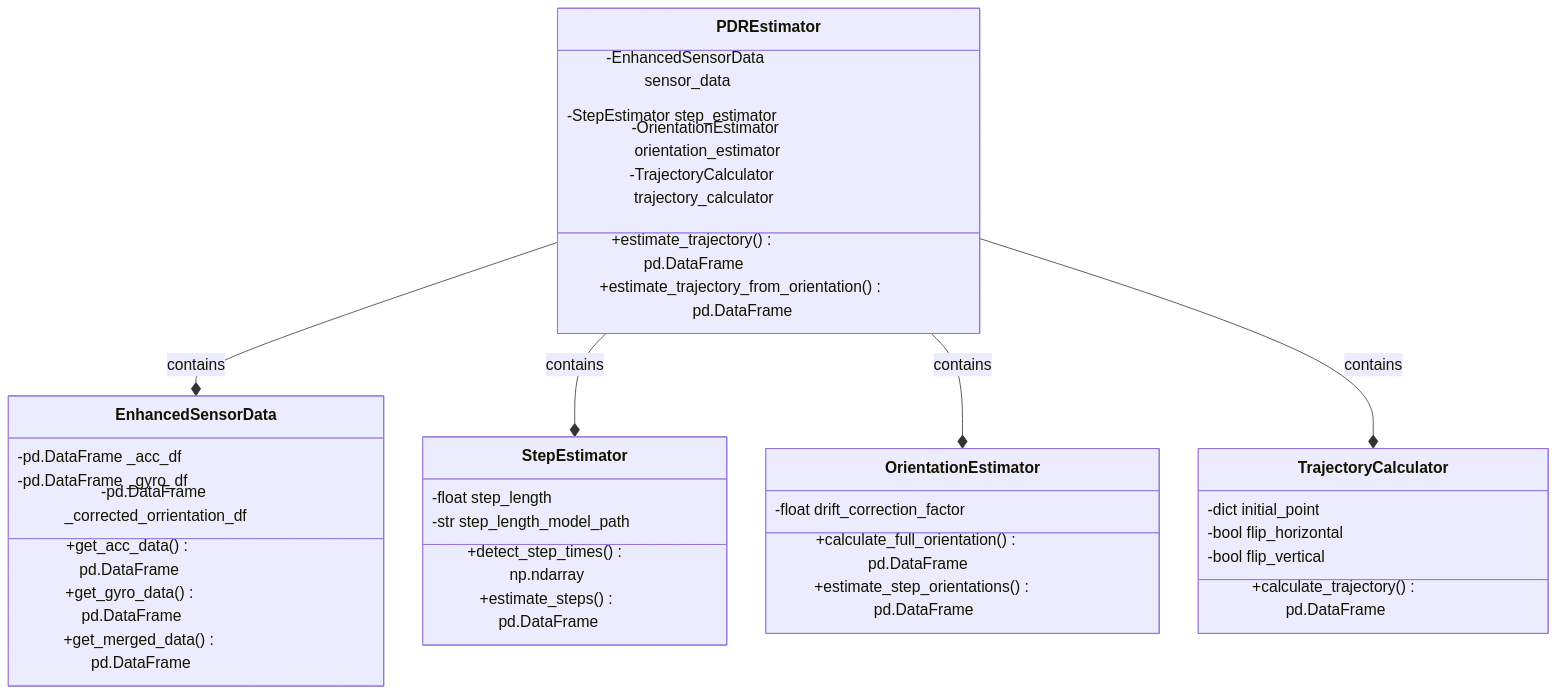
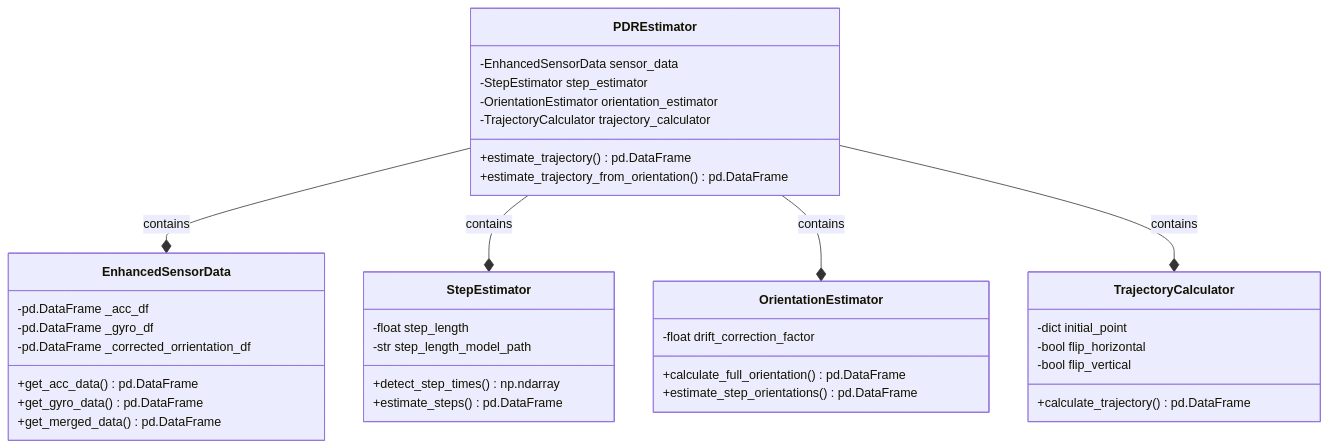
Before and after one commit to kajiLabTeam/palkia: the diagram in docs/pdr_figure.md, drawn with Mermaid. The commit also changed 6 other files, not shown here.

Commit message:
add: SVG図とPDR図のドキュメントを追加

````diff
--- a/docs/pdr_figure.md
+++ b/docs/pdr_figure.md
@@ -2,48 +2,46 @@
 ```mermaid
-%%{init: {'theme': 'default', 'themeVariables': { 'fontSize': '20px', 'fontFamily': 'arial' }}}%%
-
 classDiagram
     class PDREstimator {
         -EnhancedSensorData sensor_data
         -StepEstimator step_estimator
         -OrientationEstimator orientation_estimator
         -TrajectoryCalculator trajectory_calculator
         +estimate_trajectory() pd.DataFrame
         +estimate_trajectory_from_orientation() pd.DataFrame
     }
 
     class StepEstimator {
         -float step_length
         -str step_length_model_path
         +detect_step_times() np.ndarray
         +estimate_steps() pd.DataFrame
     }
 
     class OrientationEstimator {
         -float drift_correction_factor
         +calculate_full_orientation() pd.DataFrame
         +estimate_step_orientations() pd.DataFrame
     }
 
     class TrajectoryCalculator {
         -dict initial_point
         -bool flip_horizontal
         -bool flip_vertical
         +calculate_trajectory() pd.DataFrame
     }
 
     class EnhancedSensorData {
         -pd.DataFrame _acc_df
         -pd.DataFrame _gyro_df
         -pd.DataFrame _corrected_orrientation_df
         +get_acc_data() pd.DataFrame
         +get_gyro_data() pd.DataFrame
         +get_merged_data() pd.DataFrame
     }
 
     PDREstimator --* EnhancedSensorData : contains
     PDREstimator --* StepEstimator : contains
     PDREstimator --* OrientationEstimator : contains
     PDREstimator --* TrajectoryCalculator : contains
 
 ```
````
